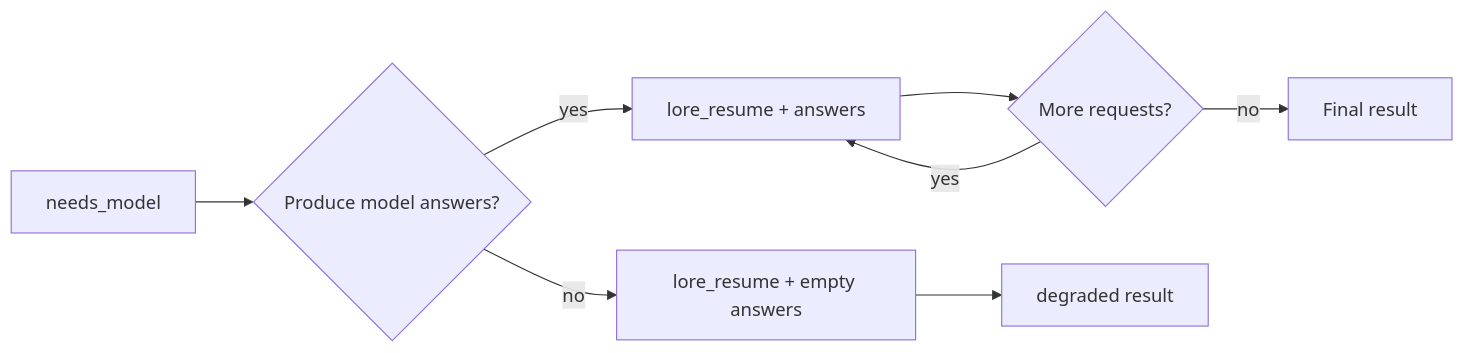
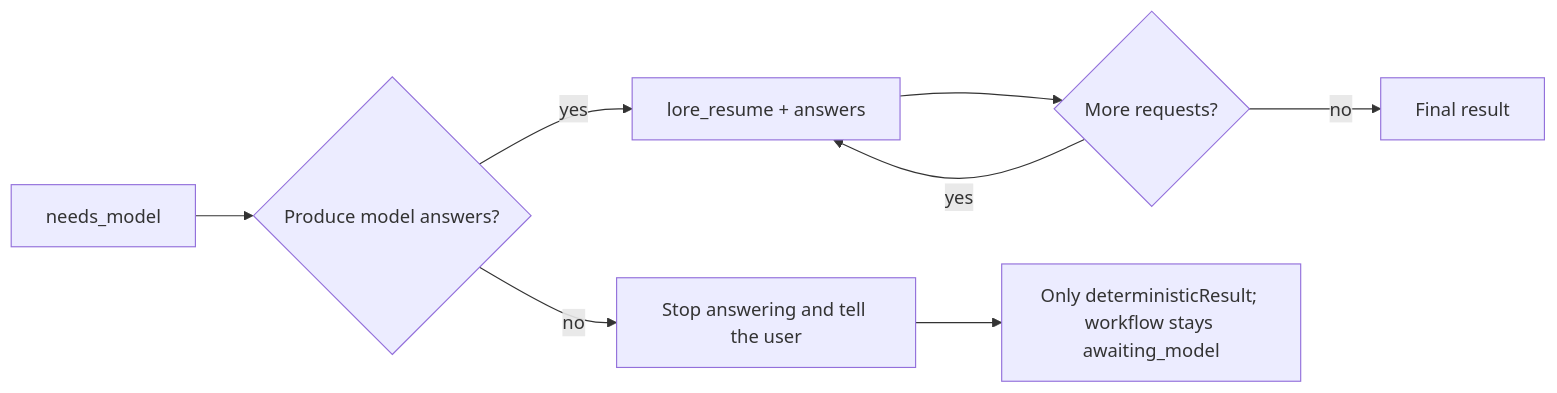
The second of 3 diagrams in docs/OPERATIONS.en.md (fbwndrud/vibelore), drawn with Mermaid before and after one commit. The commit also changed other lines of this file and 18 other files, not shown here.

````diff
--- a/docs/OPERATIONS.en.md
+++ b/docs/OPERATIONS.en.md
@@ -75,10 +75,10 @@
 ```mermaid
 flowchart LR
     N[needs_model] --> A{Produce model answers?}
     A -->|yes| R[lore_resume + answers]
-    A -->|no| D[lore_resume + empty answers]
+    A -->|no| D[Stop answering and tell the user]
     R --> N2{More requests?}
     N2 -->|yes| R
     N2 -->|no| C[Final result]
-    D --> G[degraded result]
+    D --> G[Only deterministicResult; workflow stays awaiting_model]
 ```
````
